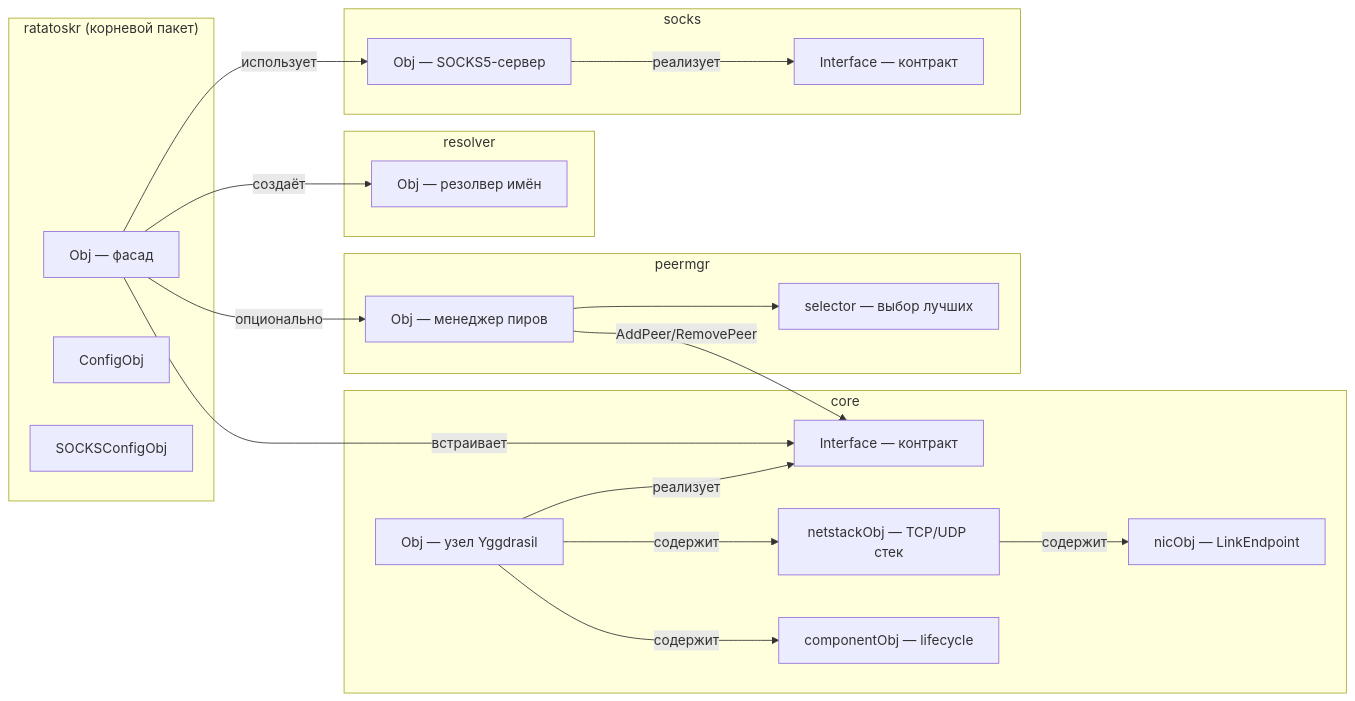
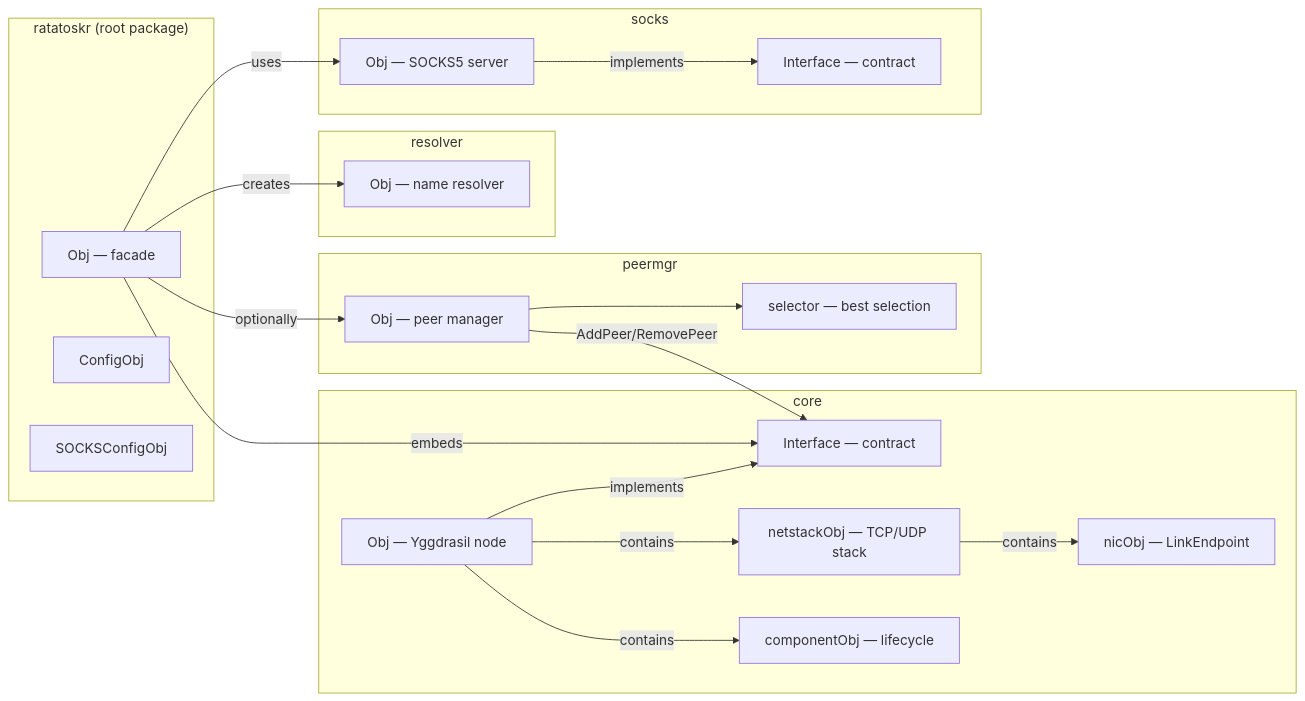
Before and after one commit to voluminor/ratatoskr: the fourth of 11 diagrams in README.md, drawn with Mermaid. The commit also changed other lines of this file and 1 other file, not shown here.

````diff
--- a/README.md
+++ b/README.md
@@ -233,42 +235,42 @@
 ```mermaid
 graph LR
-subgraph "ratatoskr (корневой пакет)"
-A[Obj — фасад]
+subgraph "ratatoskr (root package)"
+A[Obj — facade]
 B[ConfigObj]
 C[SOCKSConfigObj]
 end
 
 subgraph "core"
-D[Obj — узел Yggdrasil]
-E[Interface — контракт]
-F[netstackObj — TCP/UDP стек]
+D[Obj — Yggdrasil node]
+E[Interface — contract]
+F[netstackObj — TCP/UDP stack]
 G[nicObj — LinkEndpoint]
 H[componentObj — lifecycle]
 end
 
 subgraph "peermgr"
-PM[Obj — менеджер пиров]
-SEL[selector — выбор лучших]
+PM[Obj — peer manager]
+SEL[selector — best selection]
 end
 
 subgraph "resolver"
-I[Obj — резолвер имён]
+I[Obj — name resolver]
 end
 
 subgraph "socks"
-J[Obj — SOCKS5-сервер]
-K[Interface — контракт]
+J[Obj — SOCKS5 server]
+K[Interface — contract]
 end
 
-A -->|встраивает|E
-A -->|использует|J
-A -->|создаёт|I
-A -->|опционально|PM
+A -->|embeds|E
+A -->|uses|J
+A -->|creates|I
+A -->|optionally|PM
 PM -->|AddPeer/RemovePeer|E
 PM --> SEL
-D -->|реализует|E
-D -->|содержит|F
-F -->|содержит|G
-D -->|содержит|H
-J -->|реализует|K
+D -->|implements|E
+D -->|contains|F
+F -->|contains|G
+D -->|contains|H
+J -->|implements|K
 ```
````
